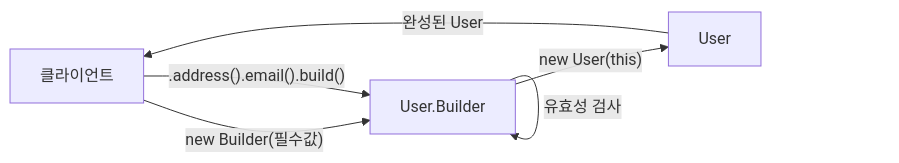
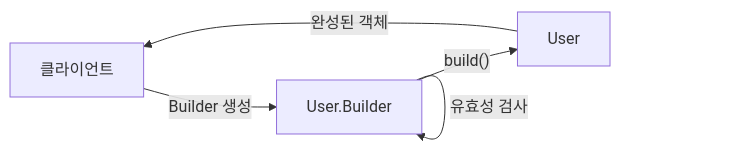
Before and after one commit to yjkim2015/yjkim2015.github.io: the second of 2 diagrams in _posts/designPattern/2021-12-10-BuilderPattern.md, drawn with Mermaid. The commit also changed 245 other files, not shown here.

First line of the commit message:
Mermaid 다이어그램 전면 수정 + 면접 포인트 접기/펼치기 + DB 데드락 페이지

````diff
--- a/_posts/designPattern/2021-12-10-BuilderPattern.md
+++ b/_posts/designPattern/2021-12-10-BuilderPattern.md
@@ -222,8 +222,7 @@
 ```mermaid
 graph LR
-    C["클라이언트"] -->|"new Builder(필수값)"| B["User.Builder"]
-    C -->|".address().email().build()"| B
+    C["클라이언트"] -->|"Builder 생성"| B["User.Builder"]
     B -->|"유효성 검사"| B
-    B -->|"new User(this)"| U["User"]
-    U -->|"완성된 User"| C
+    B -->|"build()"| U["User"]
+    U -->|"완성된 객체"| C
 ```
````
